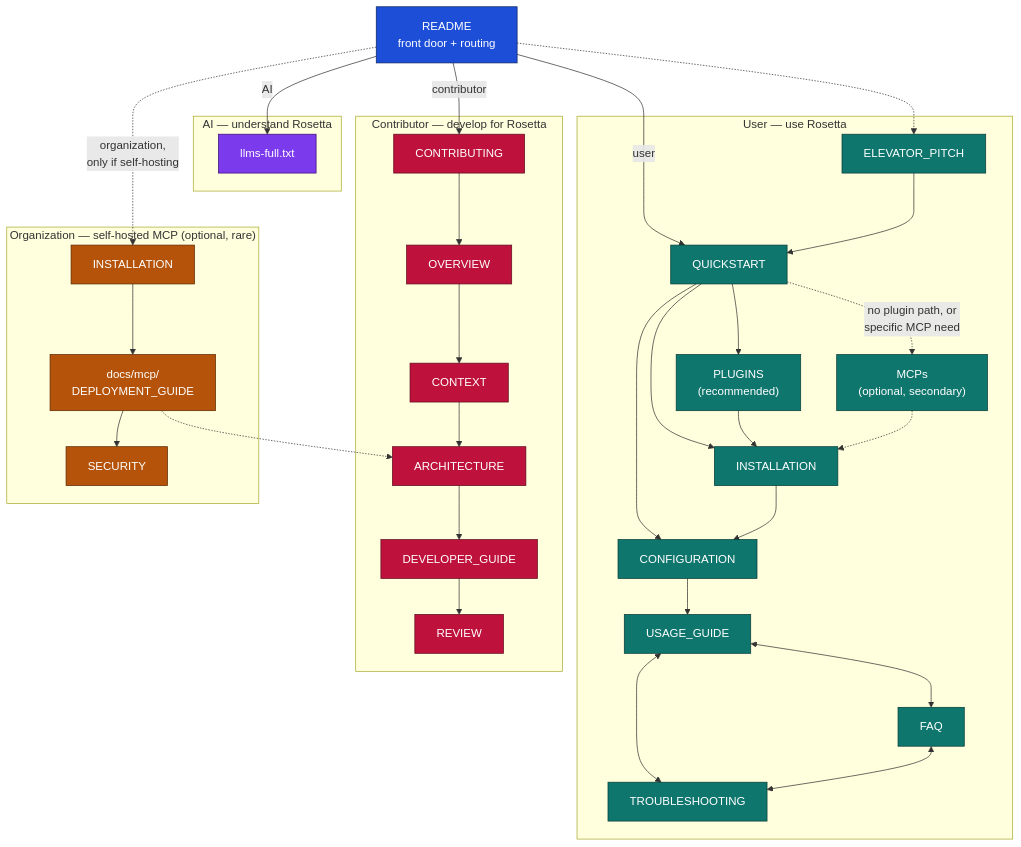
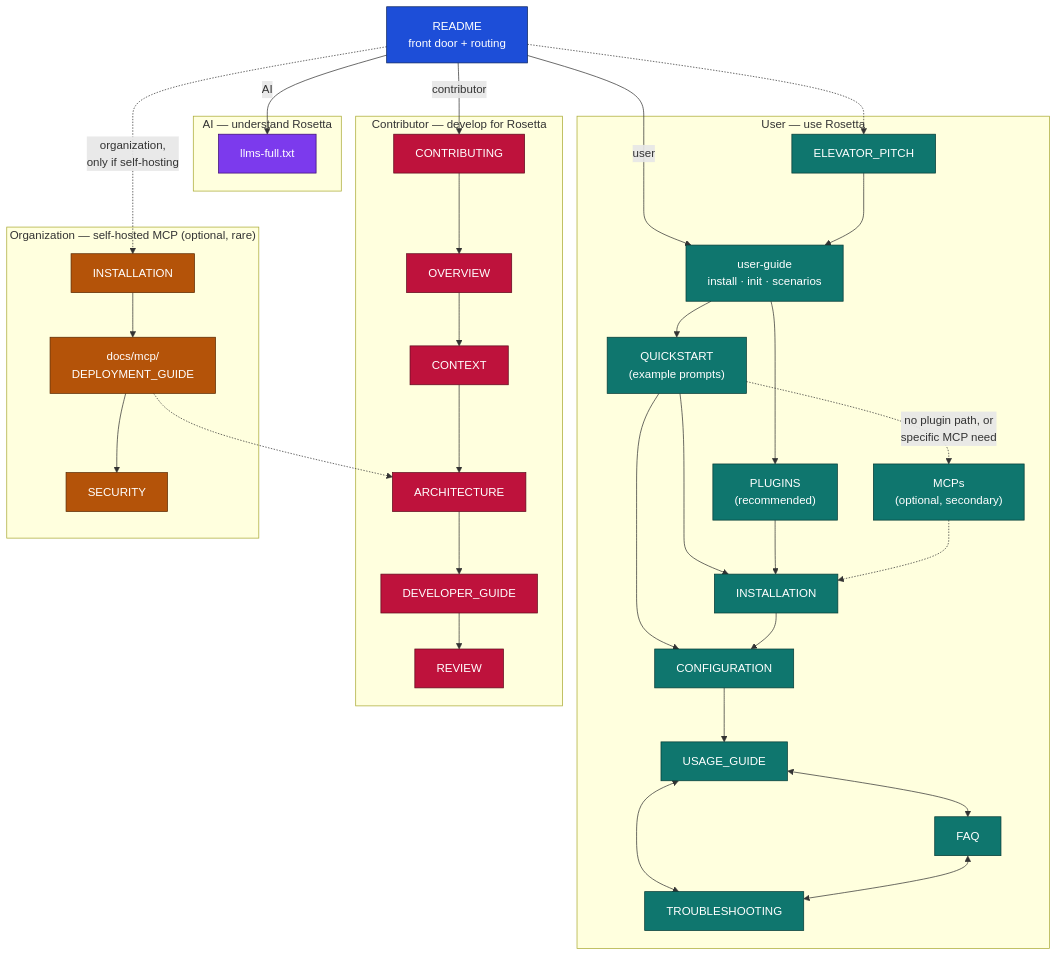
The diagram in docs/reviews/DOC-STRUCTURE-PLAN.md (griddynamics/rosetta), drawn with Mermaid before and after one commit. The commit also changed other lines of this file, not shown here.

````diff
--- a/docs/reviews/DOC-STRUCTURE-PLAN.md
+++ b/docs/reviews/DOC-STRUCTURE-PLAN.md
@@ -276,76 +279,78 @@
 ```mermaid
 flowchart TD
     README["README<br/>front door + routing"]
 
     subgraph USER["User — use Rosetta"]
         ELEV["ELEVATOR_PITCH"]
-        QS["QUICKSTART"]
+        UG["user-guide<br/>install · init · scenarios"]
+        QS["QUICKSTART<br/>(example prompts)"]
         PLUG["PLUGINS<br/>(recommended)"]
         MCP["MCPs<br/>(optional, secondary)"]
         INST["INSTALLATION"]
         CONF["CONFIGURATION"]
         USAGE["USAGE_GUIDE"]
         FAQ["FAQ"]
         TRBL["TROUBLESHOOTING"]
     end
 
     subgraph AIP["AI — understand Rosetta"]
         LLMS["llms-full.txt"]
     end
 
     subgraph CONTRIB["Contributor — develop for Rosetta"]
         CONT["CONTRIBUTING"]
         OVER["OVERVIEW"]
         CTX["CONTEXT"]
         ARCH["ARCHITECTURE"]
         DEV["DEVELOPER_GUIDE"]
         REV["REVIEW"]
     end
 
     subgraph ORG["Organization — self-hosted MCP (optional, rare)"]
         INSTO["INSTALLATION"]
         DEP["docs/mcp/<br/>DEPLOYMENT_GUIDE"]
         SEC["SECURITY"]
     end
 
-    README -->|user| QS
+    README -->|user| UG
+    UG --> QS
     README -.-> ELEV
     README -->|AI| LLMS
     README -->|contributor| CONT
     README -.->|organization,<br/>only if self-hosting| INSTO
 
-    ELEV --> QS
-    QS --> PLUG
+    ELEV --> UG
+    UG --> PLUG
     QS -.->|no plugin path, or<br/>specific MCP need| MCP
     QS --> INST
     PLUG --> INST
     MCP -.-> INST
     QS --> CONF
     INST --> CONF
     CONF --> USAGE
     USAGE <--> FAQ
     USAGE <--> TRBL
     FAQ <--> TRBL
 
     CONT --> OVER
     OVER --> CTX
     CTX --> ARCH
     ARCH --> DEV
     DEV --> REV
 
     INSTO --> DEP
     DEP --> SEC
     DEP -.-> ARCH
 
     classDef entry fill:#1d4ed8,stroke:#0b245e,color:#ffffff;
     classDef user fill:#0f766e,stroke:#053b36,color:#ffffff;
     classDef ai fill:#7c3aed,stroke:#3b0a73,color:#ffffff;
     classDef contrib fill:#be123c,stroke:#5e0a1d,color:#ffffff;
     classDef org fill:#b45309,stroke:#5a2900,color:#ffffff;
 
     class README entry;
-    class ELEV,QS,PLUG,MCP,INST,CONF,USAGE,FAQ,TRBL user;
+    class ELEV,UG,QS,PLUG,MCP,INST,CONF,USAGE,FAQ,TRBL user;
     class LLMS ai;
     class CONT,OVER,CTX,ARCH,DEV,REV contrib;
     class INSTO,DEP,SEC org;
 ```
````
